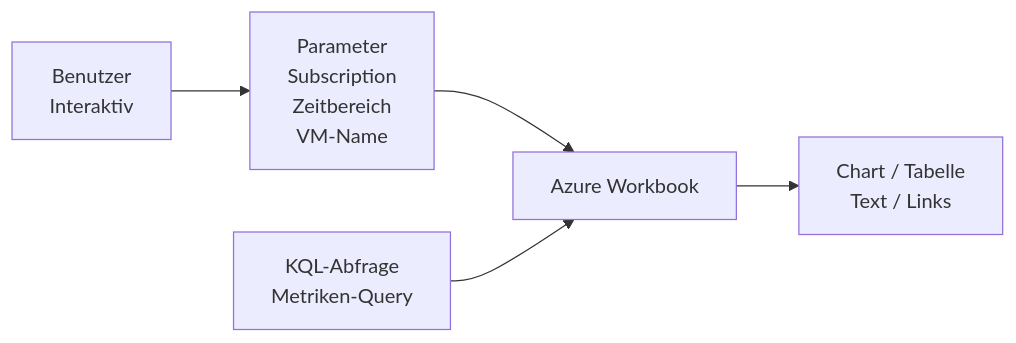
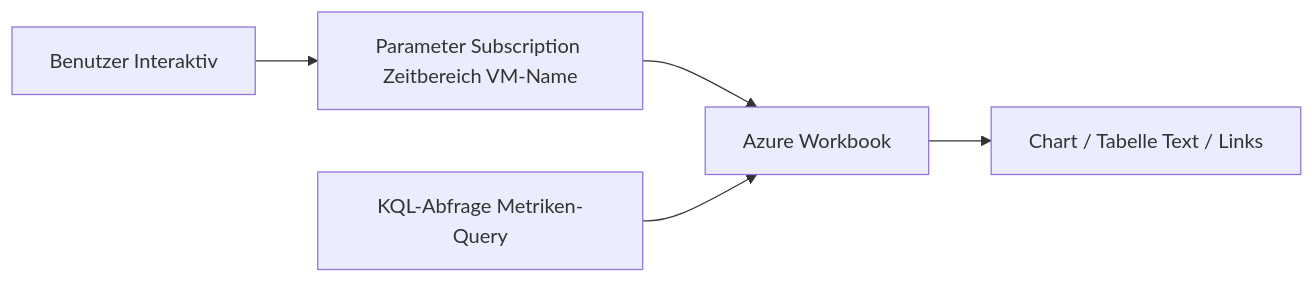
Before and after one commit to SoniiiT/notes-n-docs: the third of 5 diagrams in Microsoft 365/Azure/Monitor und Management/Azure Monitor Grundlagen.md, drawn with Mermaid. The commit also changed other lines of this file and 124 other files, not shown here.

First line of the commit message:
fix: Entferne \n aus allen Mermaid-Diagrammen (125 Dateien)

````diff
--- a/Microsoft 365/Azure/Monitor und Management/Azure Monitor Grundlagen.md
+++ b/Microsoft 365/Azure/Monitor und Management/Azure Monitor Grundlagen.md
@@ -309,13 +309,13 @@
 ```mermaid
 graph LR
     Workbook["Azure Workbook"]
-    Param["Parameter\nSubscription\nZeitbereich\nVM-Name"]
-    KQL["KQL-Abfrage\nMetriken-Query"]
-    Chart["Chart / Tabelle\nText / Links"]
-    User["Benutzer\nInteraktiv"]
+    Param["Parameter Subscription Zeitbereich VM-Name"]
+    KQL["KQL-Abfrage Metriken-Query"]
+    Chart["Chart / Tabelle Text / Links"]
+    User["Benutzer Interaktiv"]
 
     Param --> Workbook
     KQL --> Workbook
     Workbook --> Chart
     User --> Param
 ```
````
